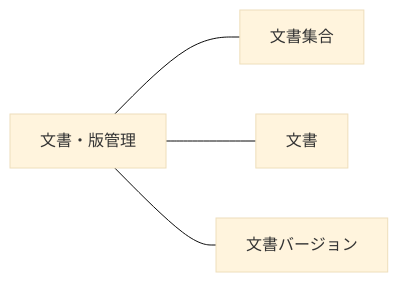
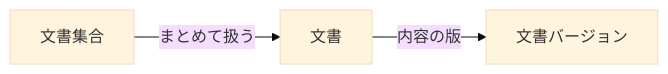
The diagram in project-docs/design/domains/documents/文書・版管理設計.md (takashit16833/RAGScope), drawn with Mermaid (base theme) before and after one commit. The commit also changed other lines of this file and 4 other files, not shown here.

````diff
--- a/project-docs/design/domains/documents/文書・版管理設計.md
+++ b/project-docs/design/domains/documents/文書・版管理設計.md
@@ -10,11 +10,5 @@
 ```mermaid
 flowchart LR
-    Manage["文書・版管理"]
-    Collection["文書集合"]
-    Document["文書"]
-    Version["文書バージョン"]
-
-    Manage --- Collection
-    Manage --- Document
-    Manage --- Version
+    Collection["文書集合"] -->|まとめて扱う| Document["文書"]
+    Document -->|内容の版| Version["文書バージョン"]
 ```
````
